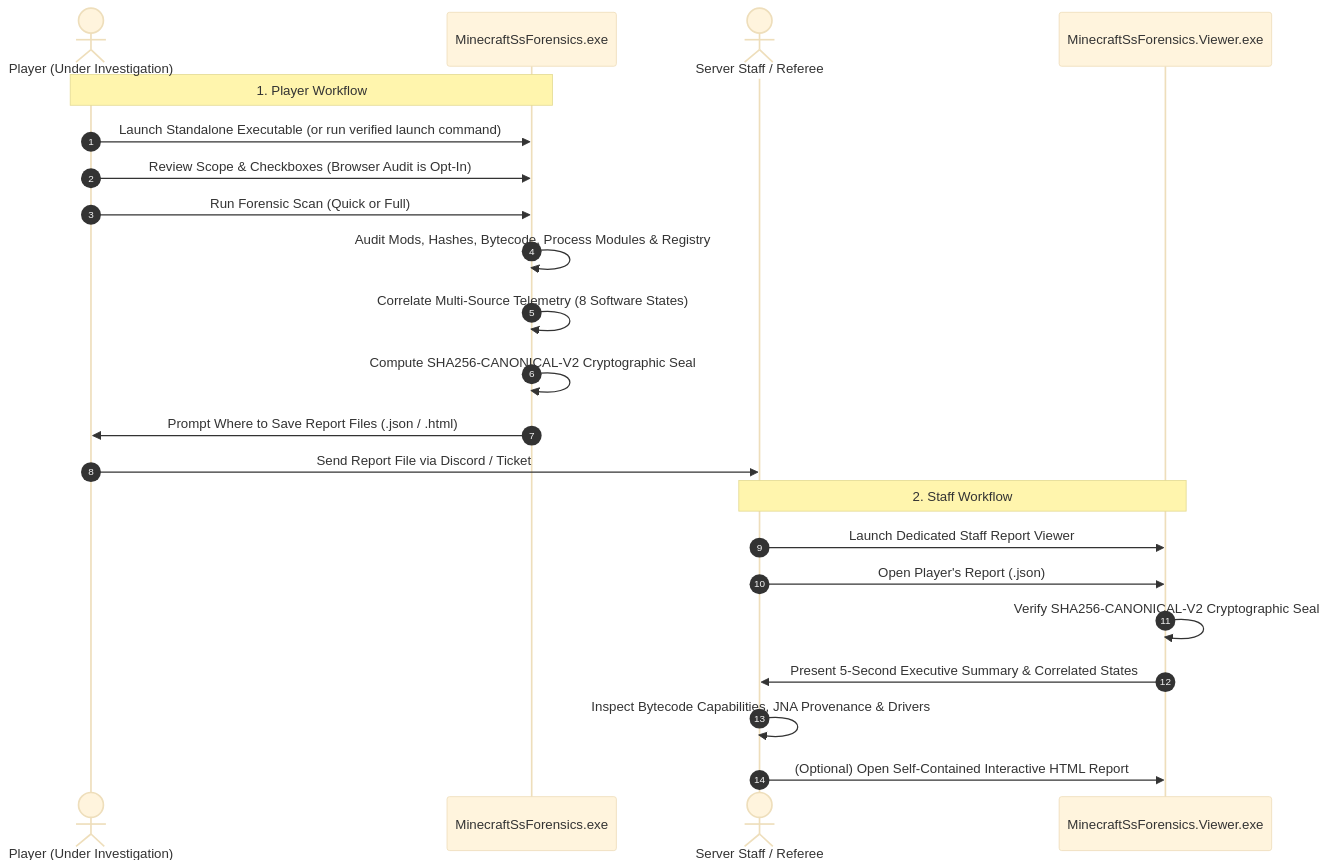
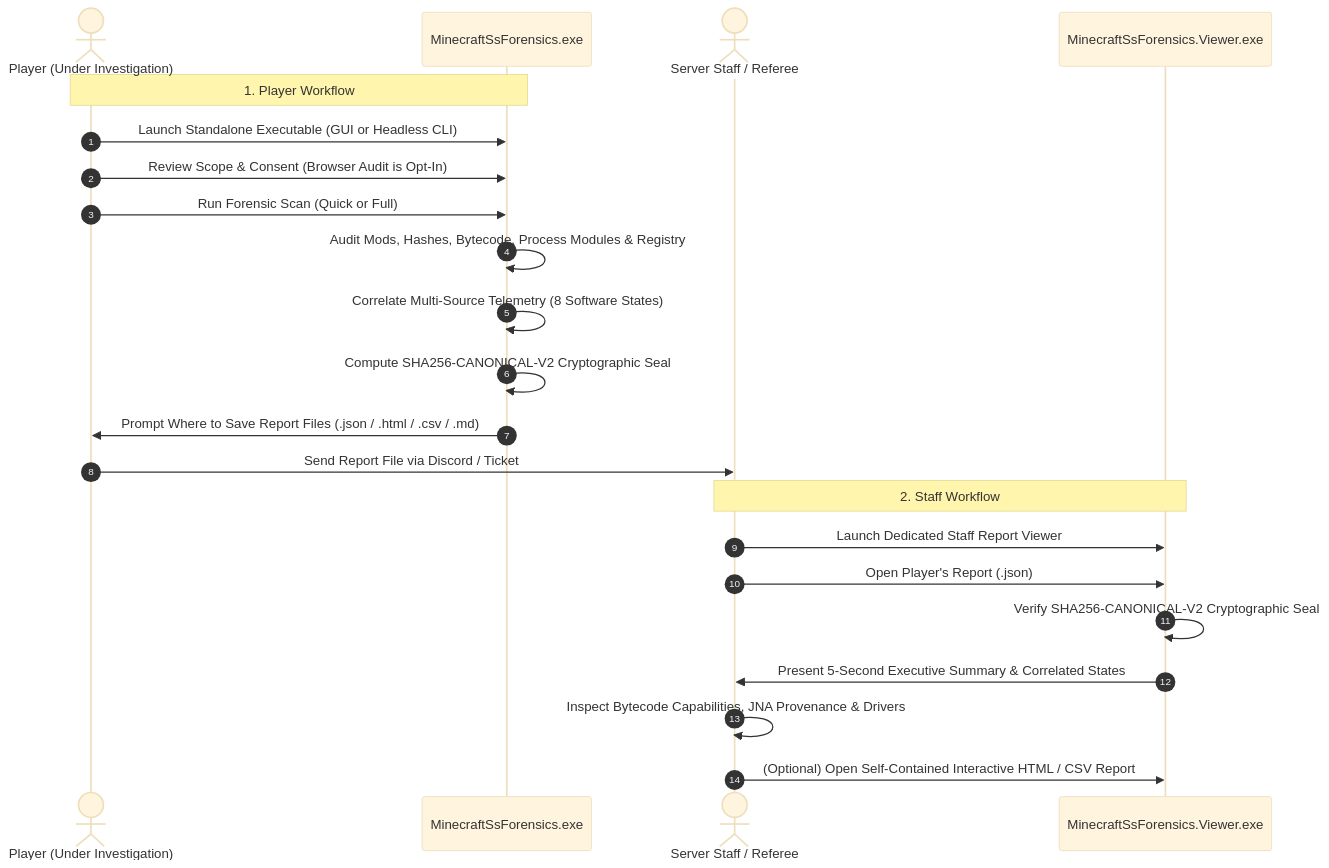
One commit to TanmayGarg2009/minecraft-ss-forensics changed the diagram in README.md. Above: the diagram before and after it, drawn with Mermaid (base theme). The commit also changed other lines of this file and 99 other files, not shown here.

First line of the commit message:
feat: enhance forensic detection coverage, headless CLI, evidence graph, and test suite (v2.2.0)

````diff
--- a/README.md
+++ b/README.md
@@ -17,26 +17,26 @@
 ```mermaid
 sequenceDiagram
     autonumber
     actor Player as Player (Under Investigation)
     participant App as MinecraftSsForensics.exe
     actor Staff as Server Staff / Referee
     participant Viewer as MinecraftSsForensics.Viewer.exe
 
     Note over Player,App: 1. Player Workflow
-    Player->>App: Launch Standalone Executable (or run verified launch command)
-    Player->>App: Review Scope & Checkboxes (Browser Audit is Opt-In)
+    Player->>App: Launch Standalone Executable (GUI or Headless CLI)
+    Player->>App: Review Scope & Consent (Browser Audit is Opt-In)
     Player->>App: Run Forensic Scan (Quick or Full)
     App->>App: Audit Mods, Hashes, Bytecode, Process Modules & Registry
     App->>App: Correlate Multi-Source Telemetry (8 Software States)
     App->>App: Compute SHA256-CANONICAL-V2 Cryptographic Seal
-    App->>Player: Prompt Where to Save Report Files (.json / .html)
+    App->>Player: Prompt Where to Save Report Files (.json / .html / .csv / .md)
     Player->>Staff: Send Report File via Discord / Ticket
 
     Note over Staff,Viewer: 2. Staff Workflow
     Staff->>Viewer: Launch Dedicated Staff Report Viewer
     Staff->>Viewer: Open Player's Report (.json)
     Viewer->>Viewer: Verify SHA256-CANONICAL-V2 Cryptographic Seal
     Viewer->>Staff: Present 5-Second Executive Summary & Correlated States
     Staff->>Staff: Inspect Bytecode Capabilities, JNA Provenance & Drivers
-    Staff->>Viewer: (Optional) Open Self-Contained Interactive HTML Report
+    Staff->>Viewer: (Optional) Open Self-Contained Interactive HTML / CSV Report
 ```
````
